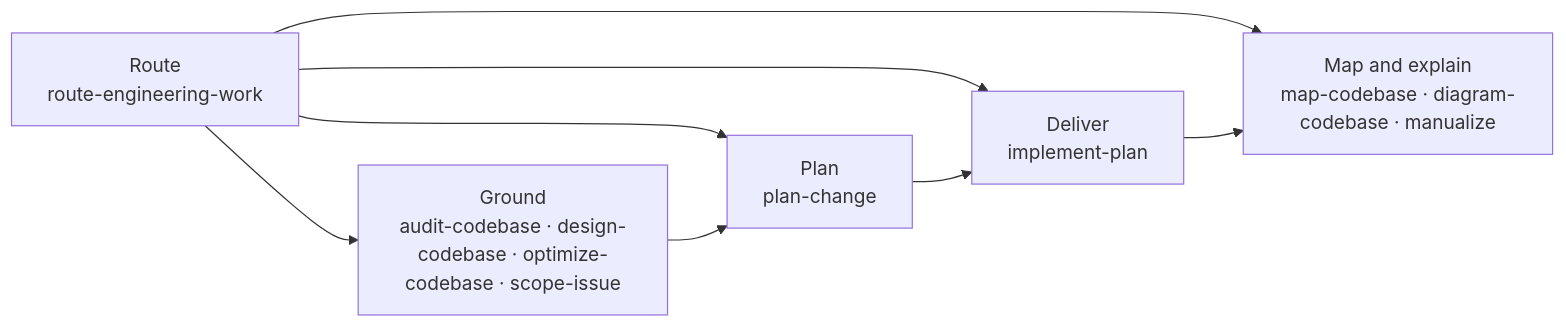
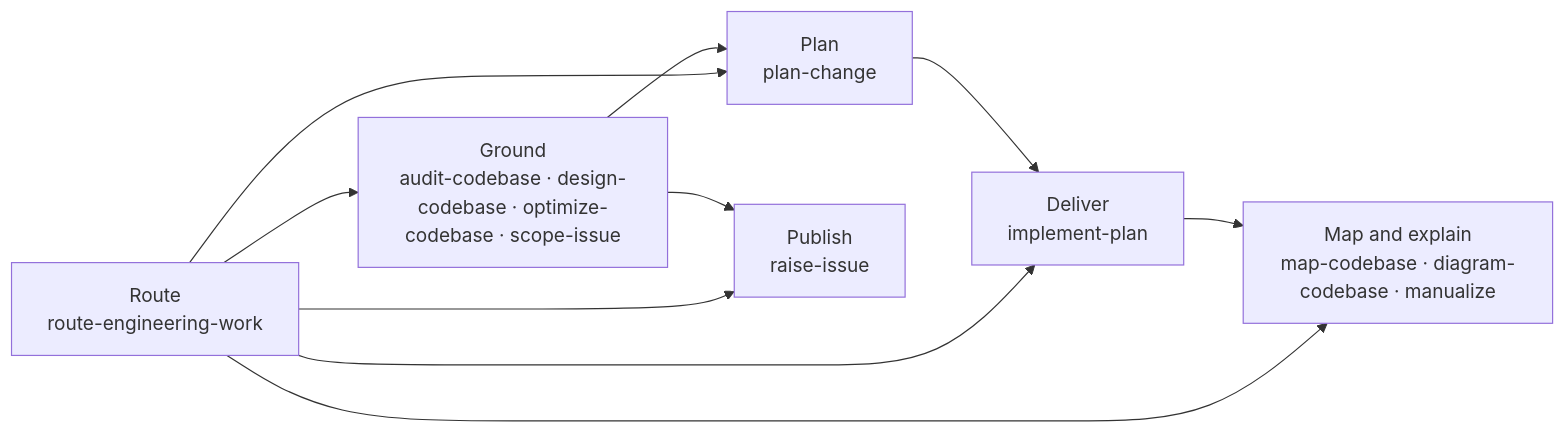
Before and after one commit to akshay-diwadkar/skills: the diagram in README.md, drawn with Mermaid. The commit also changed other lines of this file and 7 other files, not shown here.

First line of the commit message:
document raise-issue routing in router policy and README

````diff
--- a/README.md
+++ b/README.md
@@ -51,14 +51,17 @@
 ```mermaid
 flowchart LR
     R["Route<br/>route-engineering-work"]
     A["Ground<br/>audit-codebase · design-codebase · optimize-codebase · scope-issue"]
     B["Plan<br/>plan-change"]
     C["Deliver<br/>implement-plan"]
     D["Map and explain<br/>map-codebase · diagram-codebase · manualize"]
+    P["Publish<br/>raise-issue"]
 
     R --> A
     R --> B
     R --> C
     R --> D
+    R --> P
     A --> B --> C --> D
+    A --> P
 ```
````
